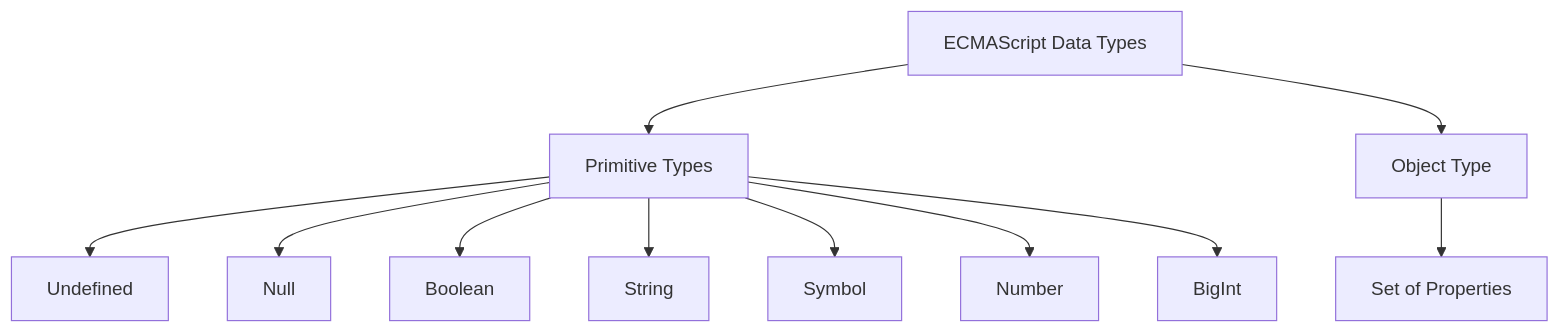
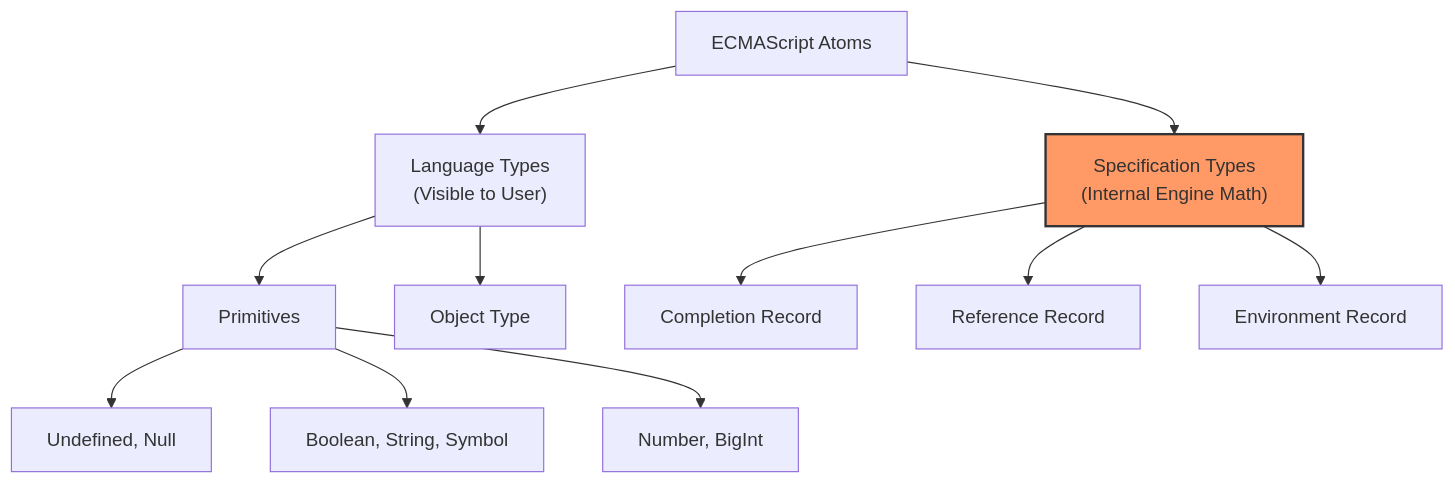
The diagram in RAK-12-core-spec/SR-01_SpecAlgorithmConventions/BK-01_SpecFoundations/CH-02_TheConceptOfType/README.md (syahputrawork98-sketch/JavaScript-Learning-Hub), drawn with Mermaid before and after one commit. The commit also changed other lines of this file and 3 other files, not shown here.

````diff
--- a/RAK-12-core-spec/SR-01_SpecAlgorithmConventions/BK-01_SpecFoundations/CH-02_TheConceptOfType/README.md
+++ b/RAK-12-core-spec/SR-01_SpecAlgorithmConventions/BK-01_SpecFoundations/CH-02_TheConceptOfType/README.md
@@ -18,15 +54,18 @@
 ```mermaid
 graph TD
-    A["ECMAScript Data Types"] --> B["Primitive Types"]
-    A --> C["Object Type"]
+    Root["ECMAScript Atoms"] --> LT["Language Types<br/>(Visible to User)"]
+    Root --> ST["Specification Types<br/>(Internal Engine Math)"]
     
-    B --> B1["Undefined"]
-    B --> B2["Null"]
-    B --> B3["Boolean"]
-    B --> B4["String"]
-    B --> B5["Symbol"]
-    B --> B6["Number"]
-    B --> B7["BigInt"]
+    LT --> P["Primitives"]
+    LT --> O["Object Type"]
     
-    C --> C1["Set of Properties"]
+    P --> P1["Undefined, Null"]
+    P --> P2["Boolean, String, Symbol"]
+    P --> P3["Number, BigInt"]
+    
+    ST --> ST1["Completion Record"]
+    ST --> ST2["Reference Record"]
+    ST --> ST3["Environment Record"]
+    
+    style ST fill:#f96,stroke:#333,stroke-width:2px
 ```
````
